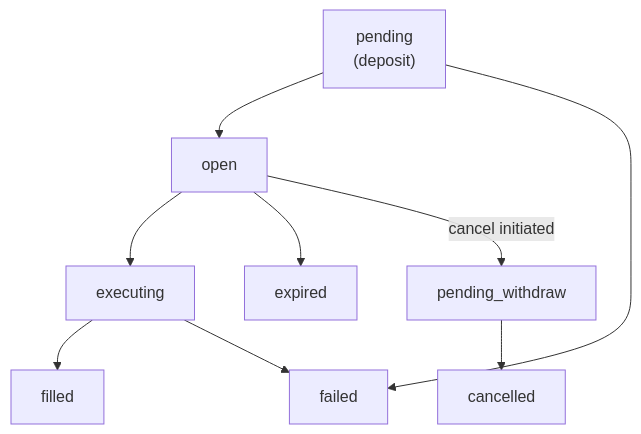
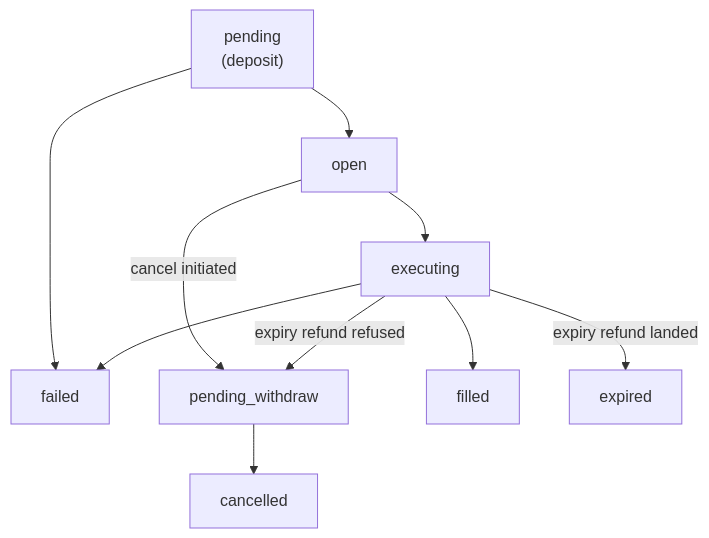
The second of 3 diagrams in trigger/lifecycle.mdx (jup-ag/docs), drawn with Mermaid before and after one commit. The commit also changed other lines of this file and 23 other files, not shown here.

````diff
--- a/trigger/lifecycle.mdx
+++ b/trigger/lifecycle.mdx
@@ -105,11 +105,12 @@
 ```mermaid
 flowchart TD
     P["pending<br/>(deposit)"] --> O["open"]
     P --> XF["failed"]
     O --> EX["executing"]
-    O --> EXP["expired"]
     O -->|"cancel initiated"| PW["pending_withdraw"]
     EX --> FL["filled"]
     EX --> XF
+    EX -->|"expiry refund landed"| EXP["expired"]
+    EX -->|"expiry refund refused"| PW
     PW --> CAN["cancelled"]
 ```
````
